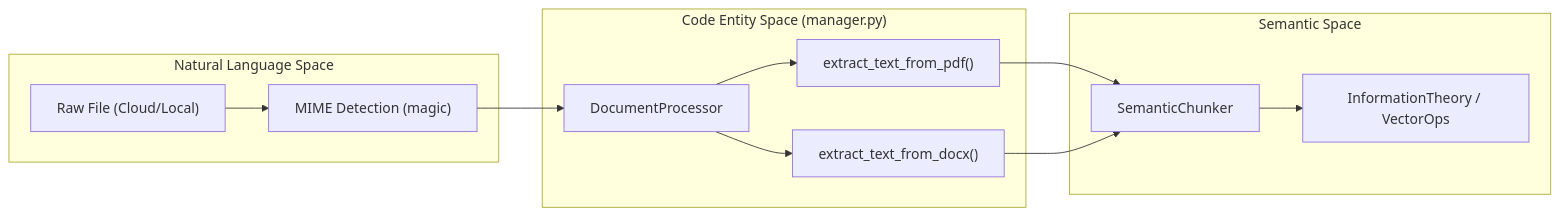
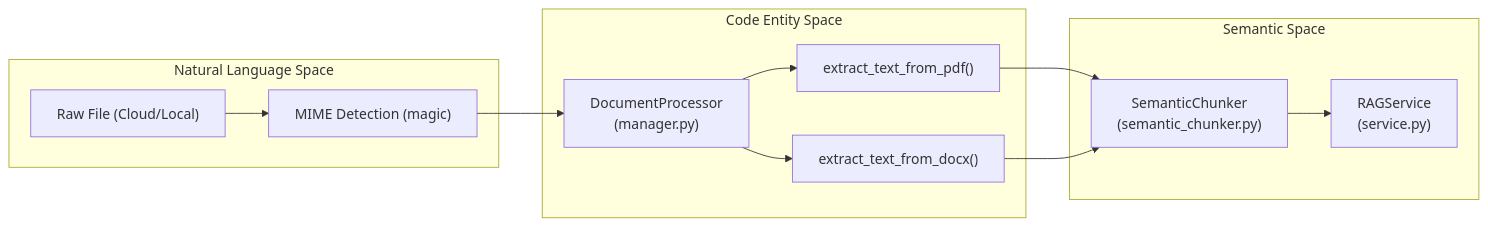
The second of 3 diagrams in docs/knowledge-base-rag/semantic-chunking-strategies.md (AutomatosAI/automatos-ai), drawn with Mermaid before and after one commit. The commit also changed other lines of this file and 191 other files, not shown here.

````diff
--- a/docs/knowledge-base-rag/semantic-chunking-strategies.md
+++ b/docs/knowledge-base-rag/semantic-chunking-strategies.md
@@ -130,26 +145,26 @@
 ```mermaid
 graph LR
     subgraph "Natural Language Space"
         File["Raw File (Cloud/Local)"]
         MIME["MIME Detection (magic)"]
     end
     
-    subgraph "Code Entity Space (manager.py)"
-        Proc["DocumentProcessor"]
+    subgraph "Code Entity Space"
+        Proc["DocumentProcessor<br/>(manager.py)"]
         PDF_Ext["extract_text_from_pdf()"]
         DOCX_Ext["extract_text_from_docx()"]
     end
     
     subgraph "Semantic Space"
-        SChunk["SemanticChunker"]
-        Math["InformationTheory / VectorOps"]
+        SChunk["SemanticChunker<br/>(semantic_chunker.py)"]
+        RAGS["RAGService<br/>(service.py)"]
     end
 
     File --> MIME
     MIME --> Proc
     Proc --> PDF_Ext
     Proc --> DOCX_Ext
     PDF_Ext --> SChunk
     DOCX_Ext --> SChunk
-    SChunk --> Math
+    SChunk --> RAGS
 ```
````
